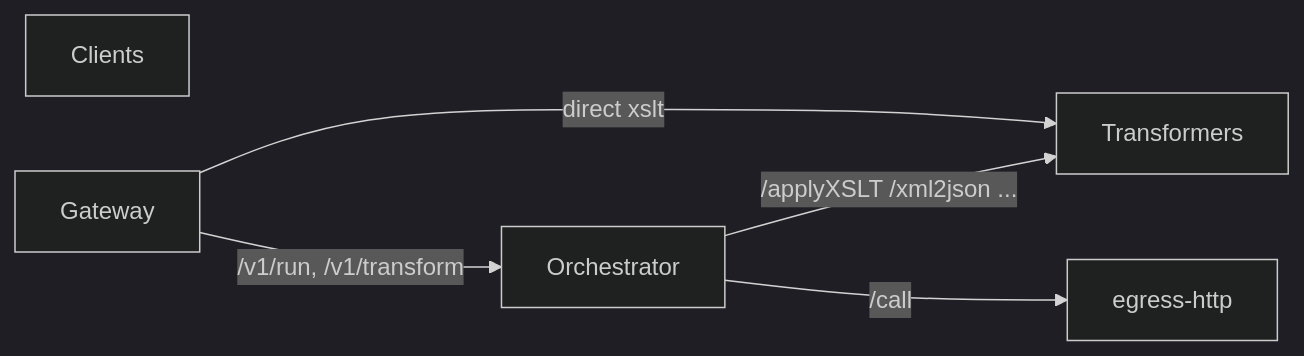
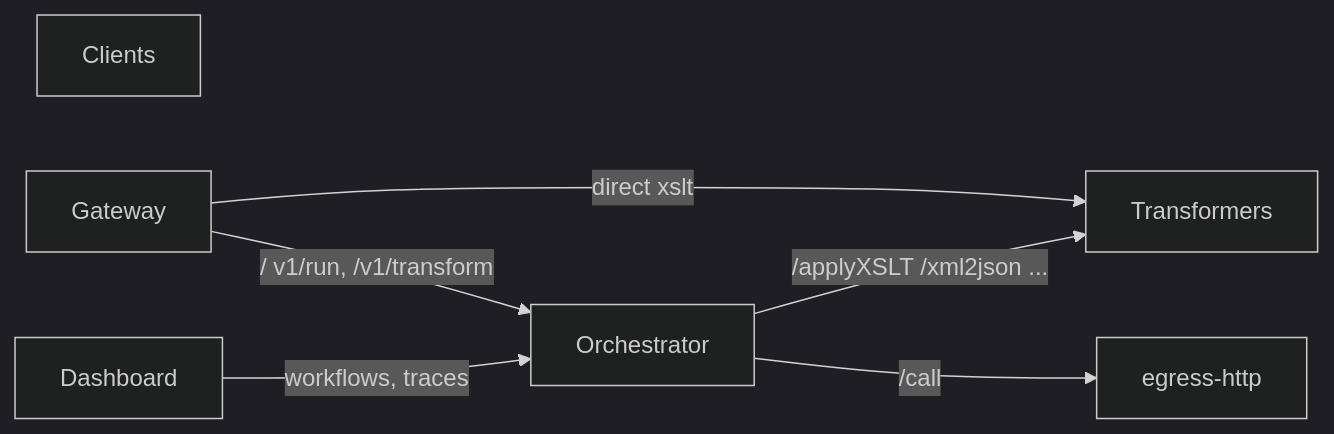
Before and after one commit to mfellman/MiniCloud: the diagram in README.md, drawn with Mermaid (dark theme). The commit also changed other lines of this file, not shown here.

Commit message:
docs: add Dashboard (GUI) section to README — usage guide, features, configuration, troubleshooting

````diff
--- a/README.md
+++ b/README.md
@@ -36,12 +38,14 @@
 ```mermaid
 flowchart LR
   client[Clients]
   gw[Gateway]
   orch[Orchestrator]
   tr[Transformers]
   ehttp[egress-http]
-  gw -->|"/v1/run, /v1/transform"| orch
+  dash[Dashboard]
+  gw -->|"/ v1/run, /v1/transform"| orch
   gw -->|direct xslt| tr
   orch -->|"/applyXSLT /xml2json ..."| tr
   orch -->|"/call"| ehttp
+  dash -->|"workflows, traces"| orch
 ```
````
